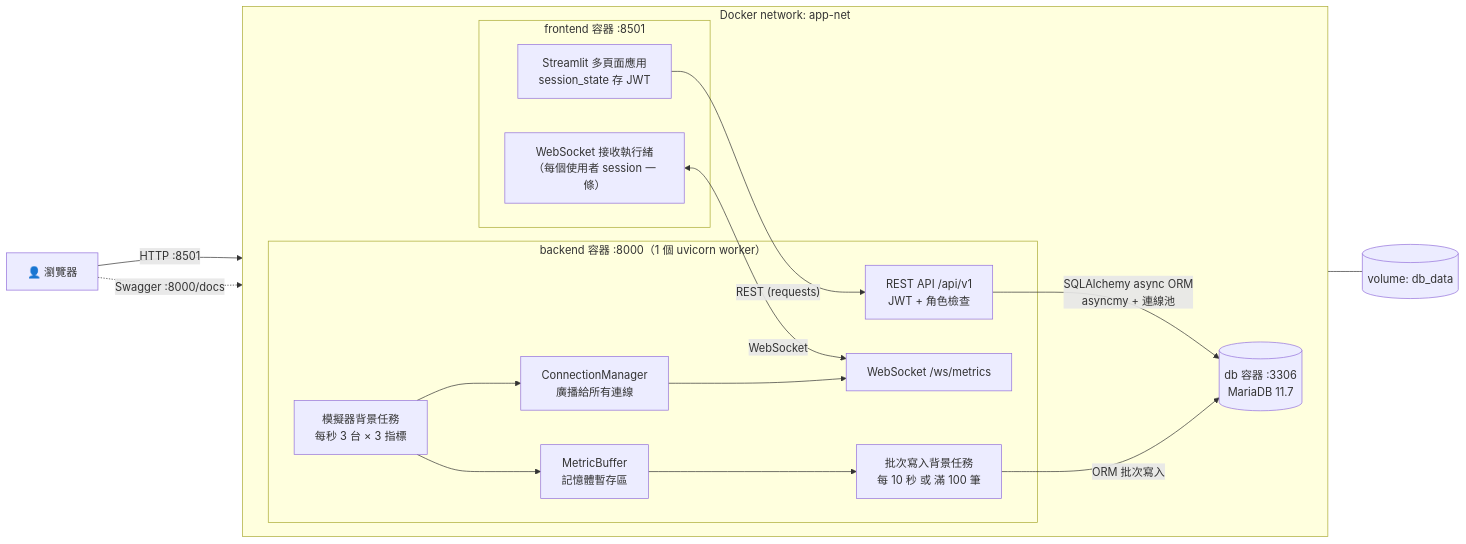
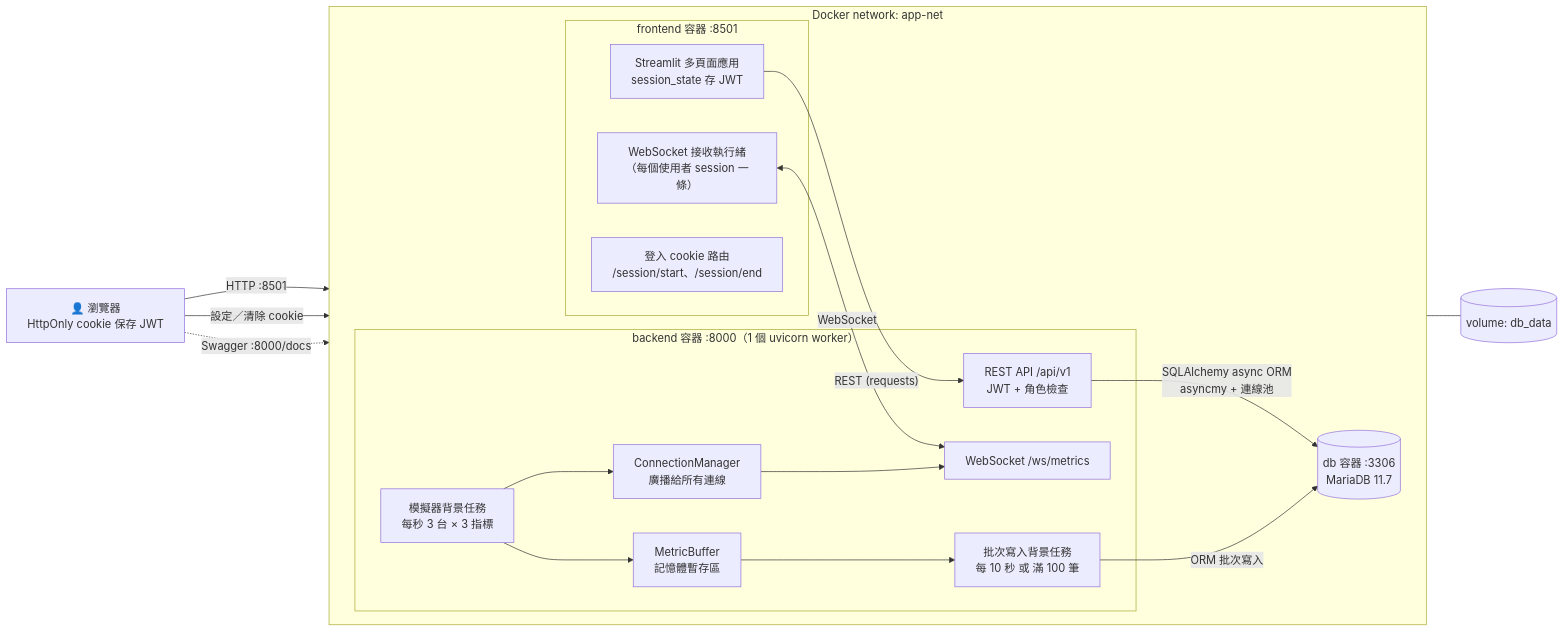
The first of 4 diagrams in README.md (ASiCo1116/analytics-monitoring-system), drawn with Mermaid before and after one commit. The commit also changed other lines of this file and 13 other files, not shown here.

First line of the commit message:
feat: keep the login across page refreshes with an HttpOnly cookie

````diff
--- a/README.md
+++ b/README.md
@@ -17,35 +17,37 @@
 ```mermaid
 flowchart LR
-    browser["👤 瀏覽器"]
+    browser["👤 瀏覽器<br/>HttpOnly cookie 保存 JWT"]
 
     subgraph net["Docker network: app-net"]
         direction LR
         subgraph fe["frontend 容器 :8501"]
             st["Streamlit 多頁面應用<br/>session_state 存 JWT"]
+            routes["登入 cookie 路由<br/>/session/start、/session/end"]
             wsc["WebSocket 接收執行緒<br/>（每個使用者 session 一條）"]
         end
 
         subgraph be["backend 容器 :8000（1 個 uvicorn worker）"]
             api["REST API /api/v1<br/>JWT + 角色檢查"]
             wsr["WebSocket /ws/metrics"]
             gen["模擬器背景任務<br/>每秒 3 台 × 3 指標"]
             hub["ConnectionManager<br/>廣播給所有連線"]
             buf["MetricBuffer<br/>記憶體暫存區"]
             writer["批次寫入背景任務<br/>每 10 秒 或 滿 100 筆"]
         end
 
         db[("db 容器 :3306<br/>MariaDB 11.7")]
     end
 
     vol[("volume: db_data")]
 
     browser -- "HTTP :8501" --> st
+    browser -- "設定／清除 cookie" --> routes
     browser -. "Swagger :8000/docs" .-> api
     st -- "REST (requests)" --> api
     wsc <-- "WebSocket" --> wsr
     gen --> hub --> wsr
     gen --> buf --> writer
     api -- "SQLAlchemy async ORM<br/>asyncmy + 連線池" --> db
     writer -- "ORM 批次寫入" --> db
     db --- vol
 ```
````
